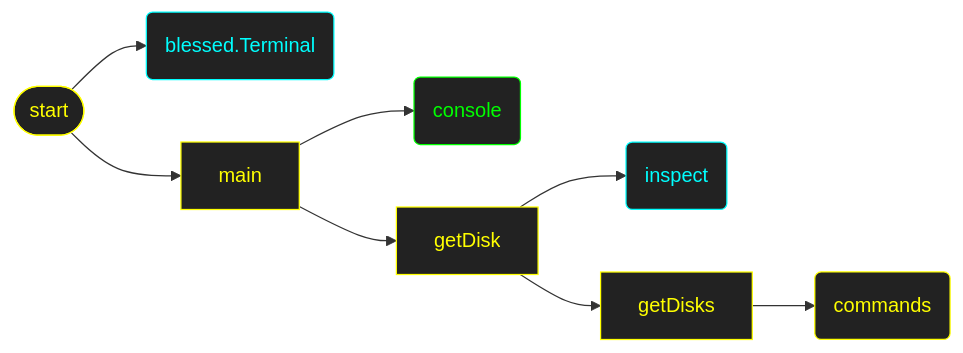
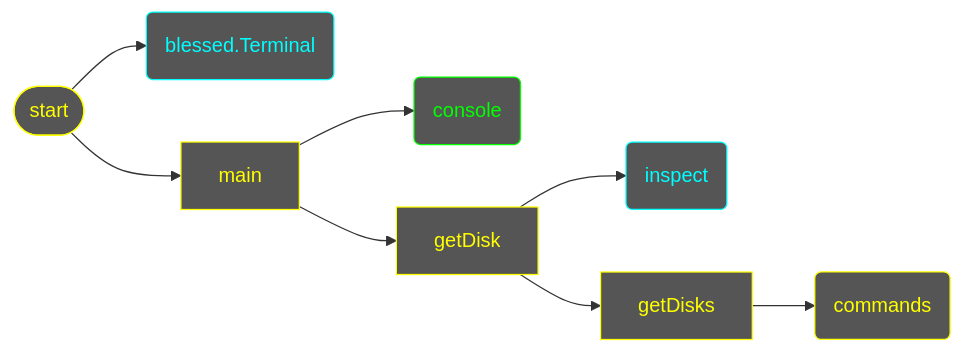
The diagram in scripts/get_disk/design.md (7s4e/p3), drawn with Mermaid before and after one commit.

Commit message:
lighten fill

````diff
--- a/scripts/get_disk/design.md
+++ b/scripts/get_disk/design.md
@@ -2,29 +2,29 @@
 ```mermaid
 flowchart LR
-    classDef complete color:#0f0,stroke:#0f0,fill:#222
-    classDef working color:#ff0,stroke:#ff0,fill:#222
-    classDef library color:#0ff,stroke:#0ff,fill:#222
+    classDef complete color:#0f0,stroke:#0f0,fill:#555
+    classDef working color:#ff0,stroke:#ff0,fill:#555
+    classDef library color:#0ff,stroke:#0ff,fill:#555
     IF([start])
         IF:::working
         IF --> TRM
         IF --> MAIN
     TRM(blessed.Terminal)
         TRM:::library
     MAIN[main]
         MAIN:::working
         MAIN --> CON
         MAIN --> GD
     CON(console)
         CON:::complete
     GD[getDisk]
         GD:::working
         GD --> INSP
         GD --> GDS
     INSP(inspect)
         INSP:::library
     GDS[getDisks]
         GDS:::working
         GDS --> CMD
     CMD(commands)
         CMD:::working
 ```
````
